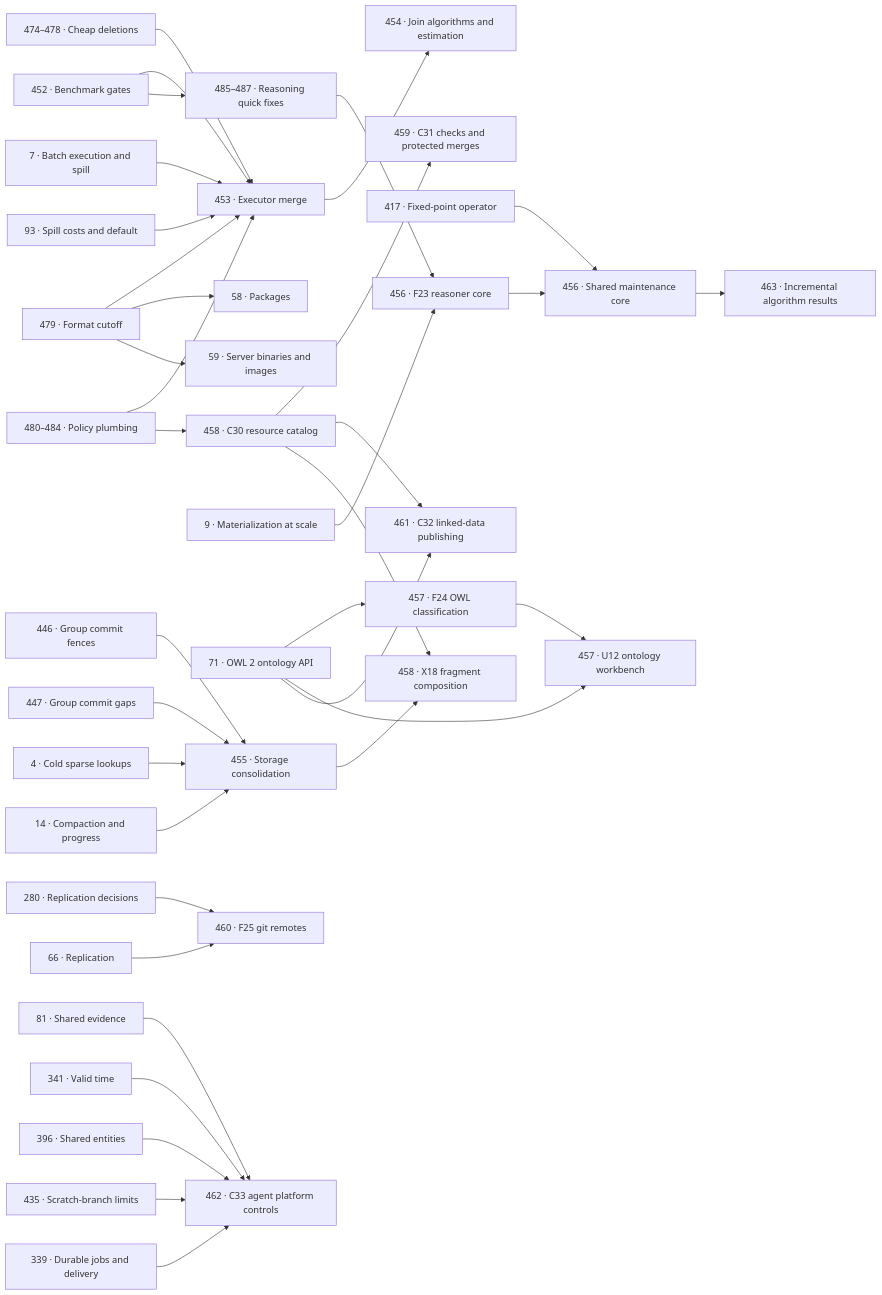
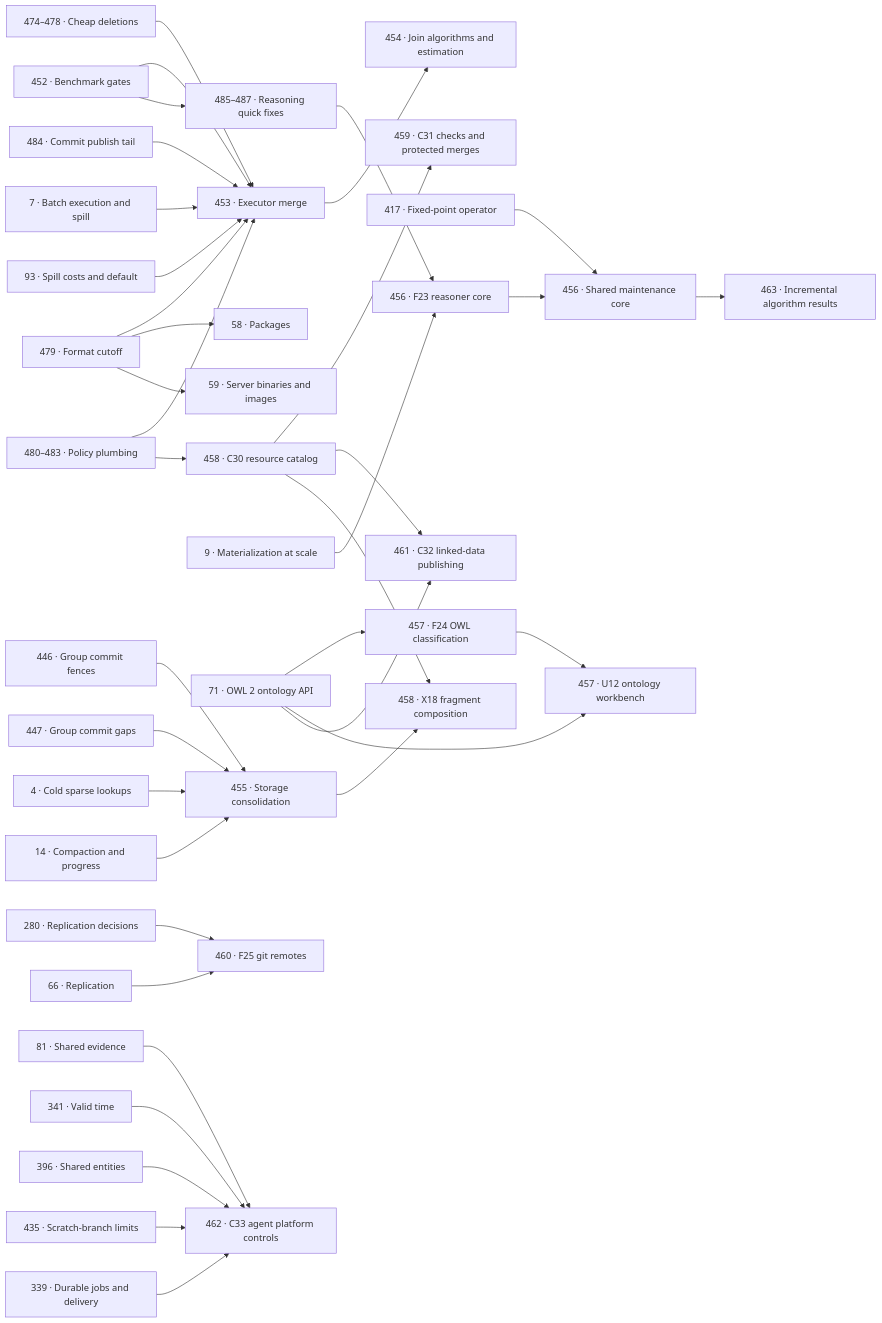
The first of 2 diagrams in docs/ROADMAP.md (kclejeune/sparkles), drawn with Mermaid before and after one commit. The commit also changed other lines of this file and 35 other files, not shown here.

First line of the commit message:
Resolve review findings on the workstream roadmap

````diff
--- a/docs/ROADMAP.md
+++ b/docs/ROADMAP.md
@@ -248,38 +248,39 @@
 ```mermaid
 flowchart LR
     G["452 · Benchmark gates"] --> XM["453 · Executor merge"]
     G --> QF["485–487 · Reasoning quick fixes"]
     S1["474–478 · Cheap deletions"] --> XM
     FC["479 · Format cutoff"] --> XM
-    PL["480–484 · Policy plumbing"] --> XM
+    PL["480–483 · Policy plumbing"] --> XM
+    PT["484 · Commit publish tail"] --> XM
     I7["7 · Batch execution and spill"] --> XM
     I93["93 · Spill costs and default"] --> XM
     XM --> JA["454 · Join algorithms and estimation"]
     FC --> I58["58 · Packages"]
     FC --> I59["59 · Server binaries and images"]
     I446["446 · Group commit fences"] --> SC["455 · Storage consolidation"]
     I447["447 · Group commit gaps"] --> SC
     I4["4 · Cold sparse lookups"] --> SC
     I14["14 · Compaction and progress"] --> SC
     QF --> RC["456 · F23 reasoner core"]
     I9["9 · Materialization at scale"] --> RC
     RC --> IM["456 · Shared maintenance core"]
     I417["417 · Fixed-point operator"] --> IM
     IM --> IA["463 · Incremental algorithm results"]
     I71["71 · OWL 2 ontology API"] --> OC["457 · F24 OWL classification"]
     I71 --> WB["457 · U12 ontology workbench"]
     OC --> WB
     PL --> CA["458 · C30 resource catalog"]
     CA --> CK["459 · C31 checks and protected merges"]
     CA --> PB["461 · C32 linked-data publishing"]
     CA --> FR["458 · X18 fragment composition"]
     SC --> FR
     I71 --> PB
     I280["280 · Replication decisions"] --> GR["460 · F25 git remotes"]
     I66["66 · Replication"] --> GR
     I81["81 · Shared evidence"] --> AP["462 · C33 agent platform controls"]
     I341["341 · Valid time"] --> AP
     I396["396 · Shared entities"] --> AP
     I435["435 · Scratch-branch limits"] --> AP
     I339["339 · Durable jobs and delivery"] --> AP
 ```
````
